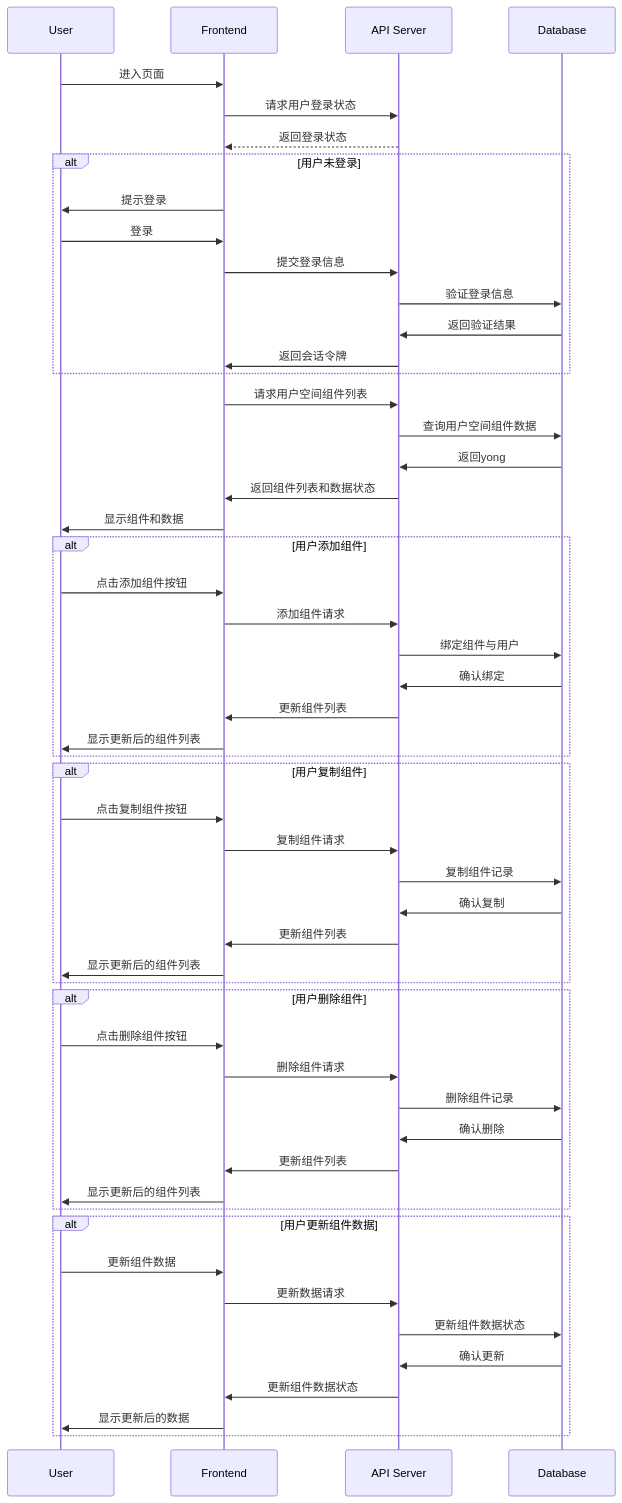
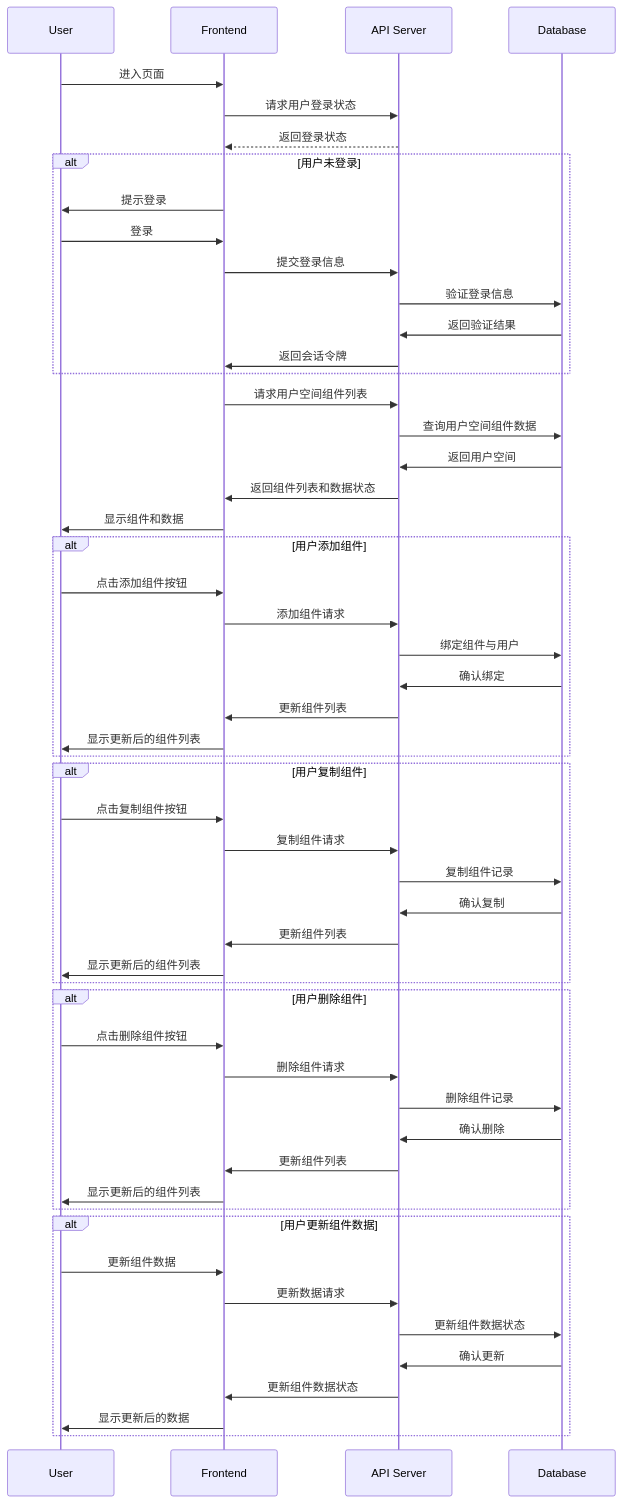
Before and after one commit to yingjianzh/iodraw-files: the diagram in all/未命名-7.md, drawn with Mermaid.

Commit message:
2024-10-09 10:20:02 update

````diff
--- a/all/未命名-7.md
+++ b/all/未命名-7.md
@@ -1,62 +1,62 @@
 ```mermaid
 sequenceDiagram
     participant User
     participant Frontend
     participant API Server
     participant Database
 
     User->>Frontend: 进入页面
     Frontend->>API Server: 请求用户登录状态
     API Server-->>Frontend: 返回登录状态
     alt 用户未登录
         Frontend->>User: 提示登录
         User->>Frontend: 登录
         Frontend->>API Server: 提交登录信息
         API Server->>Database: 验证登录信息
         Database->>API Server: 返回验证结果
         API Server->>Frontend: 返回会话令牌
     end
 
     Frontend->>API Server: 请求用户空间组件列表
     API Server->>Database: 查询用户空间组件数据
-    Database->>API Server: 返回yong
+    Database->>API Server: 返回用户空间
     API Server->>Frontend: 返回组件列表和数据状态
     Frontend->>User: 显示组件和数据
 
     alt 用户添加组件
         User->>Frontend: 点击添加组件按钮
         Frontend->>API Server: 添加组件请求
         API Server->>Database: 绑定组件与用户
         Database->>API Server: 确认绑定
         API Server->>Frontend: 更新组件列表
         Frontend->>User: 显示更新后的组件列表
     end
 
     alt 用户复制组件
         User->>Frontend: 点击复制组件按钮
         Frontend->>API Server: 复制组件请求
         API Server->>Database: 复制组件记录
         Database->>API Server: 确认复制
         API Server->>Frontend: 更新组件列表
         Frontend->>User: 显示更新后的组件列表
     end
 
     alt 用户删除组件
         User->>Frontend: 点击删除组件按钮
         Frontend->>API Server: 删除组件请求
         API Server->>Database: 删除组件记录
         Database->>API Server: 确认删除
         API Server->>Frontend: 更新组件列表
         Frontend->>User: 显示更新后的组件列表
     end
 
     alt 用户更新组件数据
         User->>Frontend: 更新组件数据
         Frontend->>API Server: 更新数据请求
         API Server->>Database: 更新组件数据状态
         Database->>API Server: 确认更新
         API Server->>Frontend: 更新组件数据状态
         Frontend->>User: 显示更新后的数据
     end
 
 ```
````
